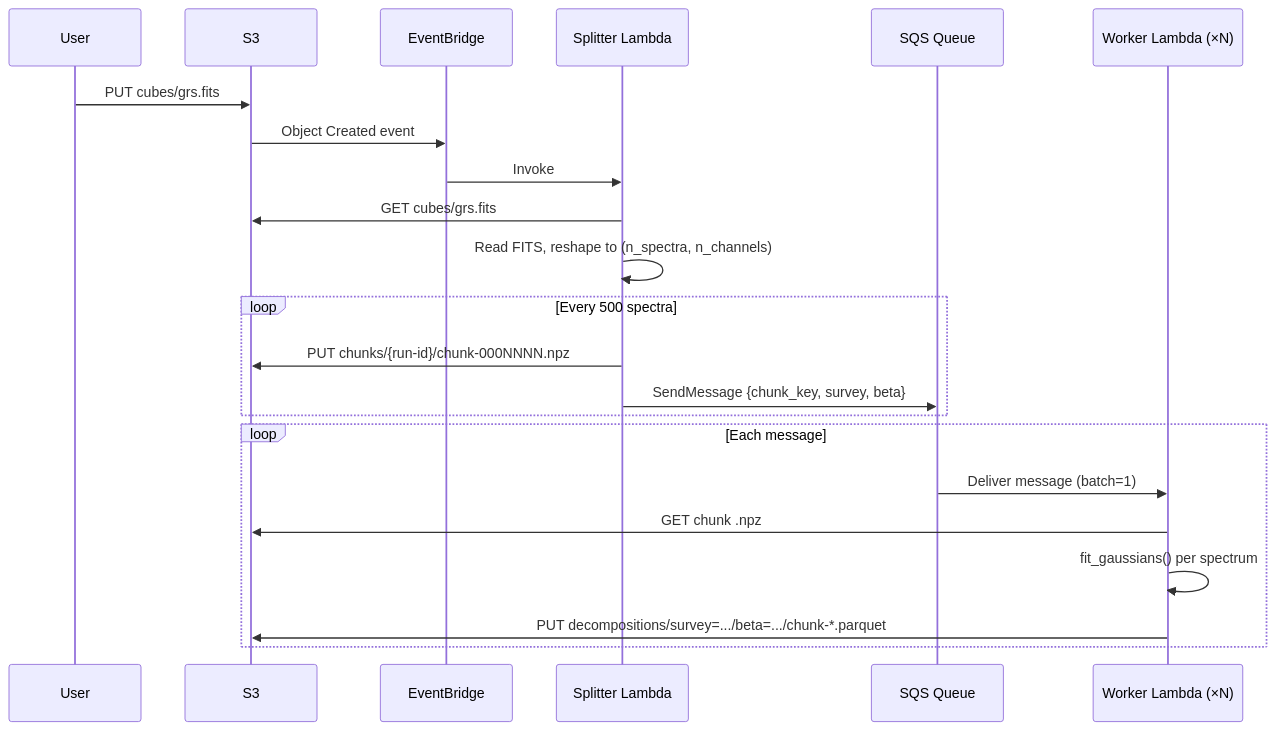
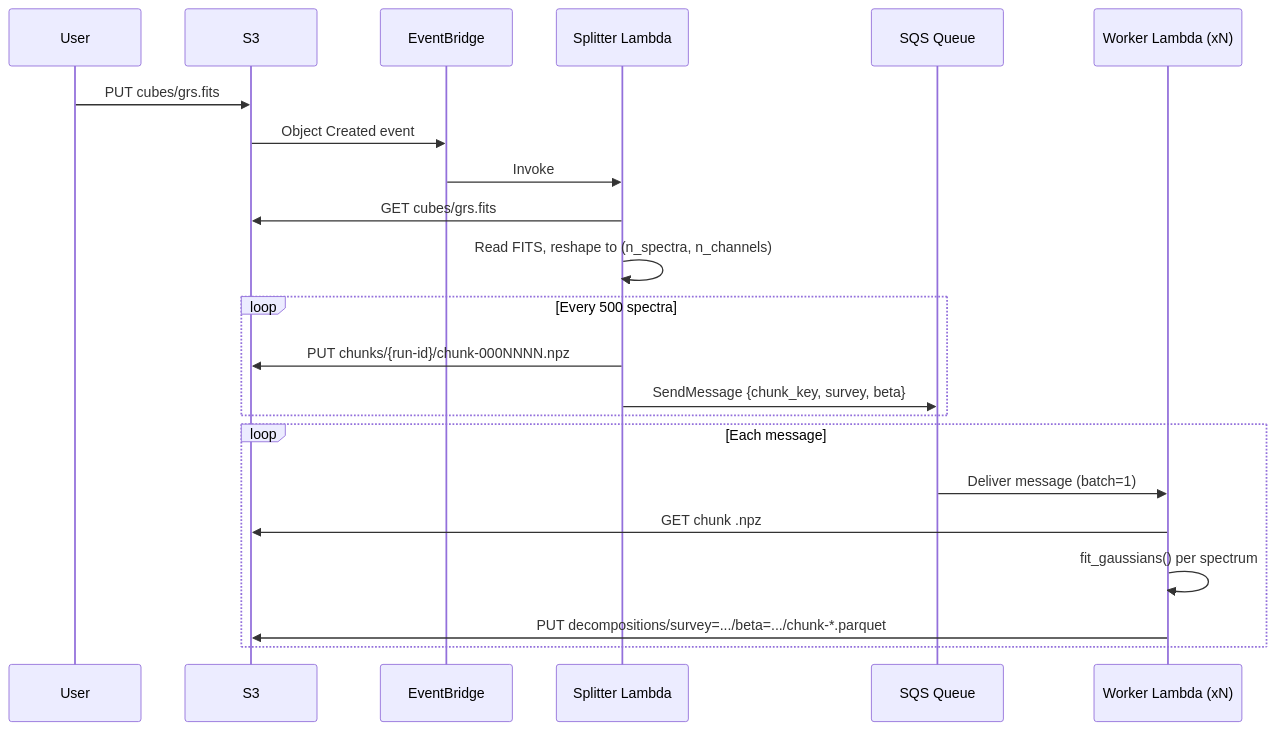
One commit to caverac/phspectra changed the second of 3 diagrams in packages/docs/docs/infrastructure/aws-pipeline.md. Above: the diagram before and after it, drawn with Mermaid. The commit also changed other lines of this file and 25 other files, not shown here.

````diff
--- a/packages/docs/docs/infrastructure/aws-pipeline.md
+++ b/packages/docs/docs/infrastructure/aws-pipeline.md
@@ -185,27 +185,27 @@
 ```mermaid
 sequenceDiagram
     participant U as User
     participant S3 as S3
     participant EB as EventBridge
     participant Sp as Splitter Lambda
     participant Q as SQS Queue
-    participant W as Worker Lambda (×N)
+    participant W as Worker Lambda (xN)
 
     U->>S3: PUT cubes/grs.fits
     S3->>EB: Object Created event
     EB->>Sp: Invoke
     Sp->>S3: GET cubes/grs.fits
     Sp->>Sp: Read FITS, reshape to (n_spectra, n_channels)
 
     loop Every 500 spectra
         Sp->>S3: PUT chunks/{run-id}/chunk-000NNNN.npz
         Sp->>Q: SendMessage {chunk_key, survey, beta}
     end
 
     loop Each message
         Q->>W: Deliver message (batch=1)
         W->>S3: GET chunk .npz
         W->>W: fit_gaussians() per spectrum
         W->>S3: PUT decompositions/survey=.../beta=.../chunk-*.parquet
     end
 ```
````
